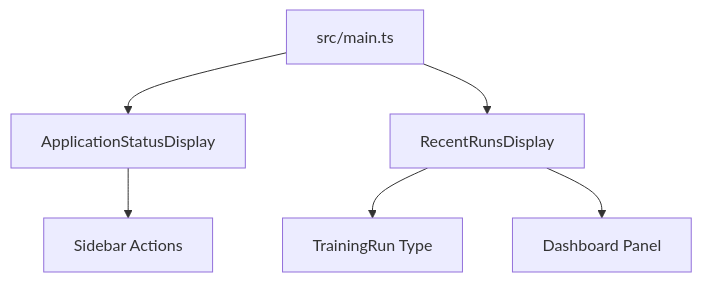
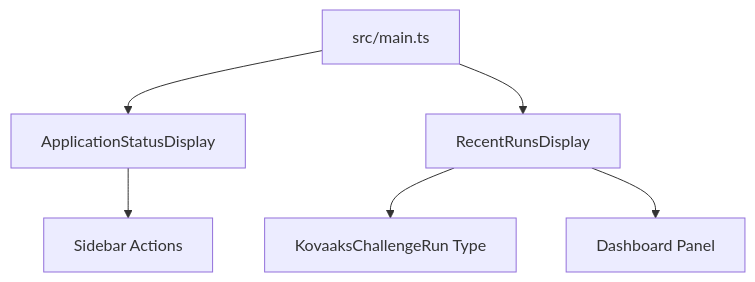
One commit to H1410101/raw_output changed the first of 3 diagrams in docs/checkpoints/phase 1/checkpoint 1.4 architecture.md. Above: the diagram before and after it, drawn with Mermaid. The commit also changed other lines of this file and 13 other files, not shown here.

````diff
--- a/docs/checkpoints/phase 1/checkpoint 1.4 architecture.md
+++ b/docs/checkpoints/phase 1/checkpoint 1.4 architecture.md
@@ -21,8 +20,8 @@
 ```mermaid
 graph TD
     App[src/main.ts] --> Status[ApplicationStatusDisplay]
     App --> Runs[RecentRunsDisplay]
-    Runs --> Type[TrainingRun Type]
+    Runs --> Type[KovaaksChallengeRun Type]
     Status --> UI_Sidebar[Sidebar Actions]
     Runs --> UI_Main[Dashboard Panel]
 ```
````
